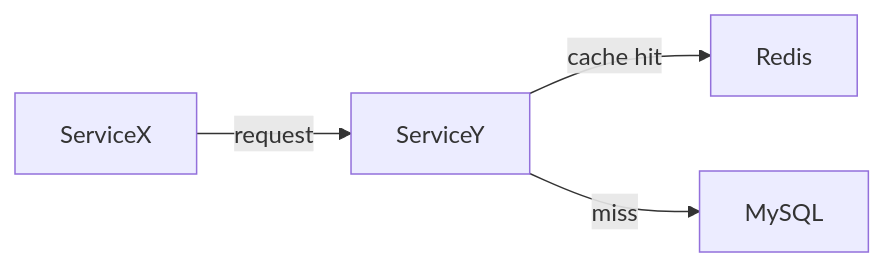
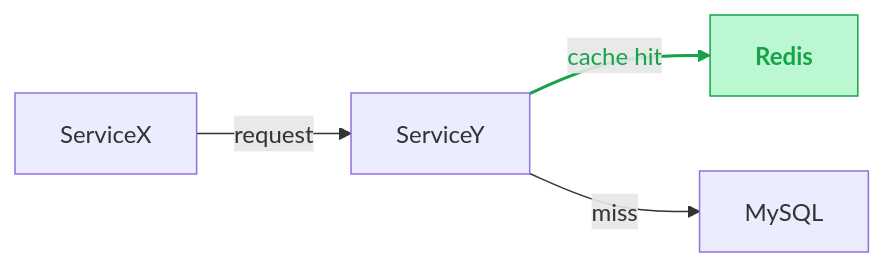
The diagram in skills/luanphan-tech-design/SKILL.md (luanphandinh/workspace), drawn with Mermaid before and after one commit. The commit also changed other lines of this file, not shown here.

````diff
--- a/skills/luanphan-tech-design/SKILL.md
+++ b/skills/luanphan-tech-design/SKILL.md
@@ -154,6 +154,9 @@
 ```mermaid
 flowchart LR
   ServiceX -->|request| ServiceY
   ServiceY -->|cache hit| Redis
   ServiceY -->|miss| MySQL
+  classDef new fill:#bbf7d0,stroke:#16a34a,color:#16a34a,font-weight:bold
+  class Redis new
+  linkStyle 1 stroke:#16a34a,stroke-width:2px,color:#16a34a
 ```
````
